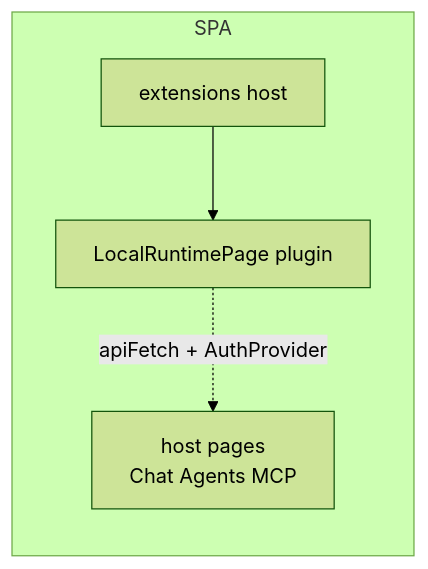
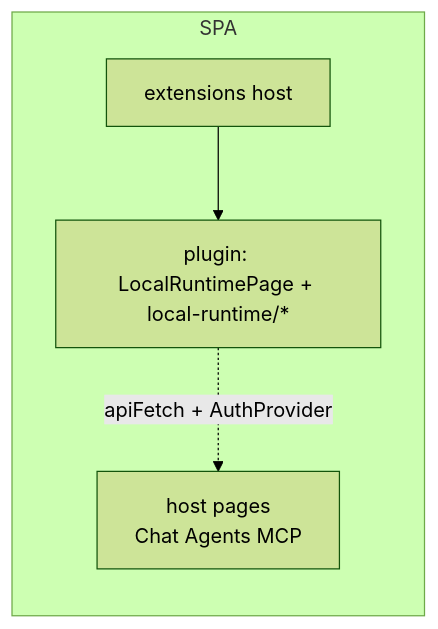
Before and after one commit to awslabs/loom: the fifth of 8 diagrams in local-runtime/docs/guide/architecture.md, drawn with Mermaid (forest theme). The commit also changed 11 other files, not shown here.

First line of the commit message:
refactor(plugin): split LocalRuntimePage into focused modules

````diff
--- a/local-runtime/docs/guide/architecture.md
+++ b/local-runtime/docs/guide/architecture.md
@@ -160,10 +160,10 @@
 ```mermaid
 flowchart LR
   subgraph fe[SPA]
     HOST[extensions host]
     PAGES[host pages<br/>Chat Agents MCP]
-    PLUG[LocalRuntimePage plugin]
+    PLUG[plugin: LocalRuntimePage + local-runtime/*]
   end
   HOST --> PLUG
   PLUG -.->|apiFetch + AuthProvider| PAGES
 ```
````
